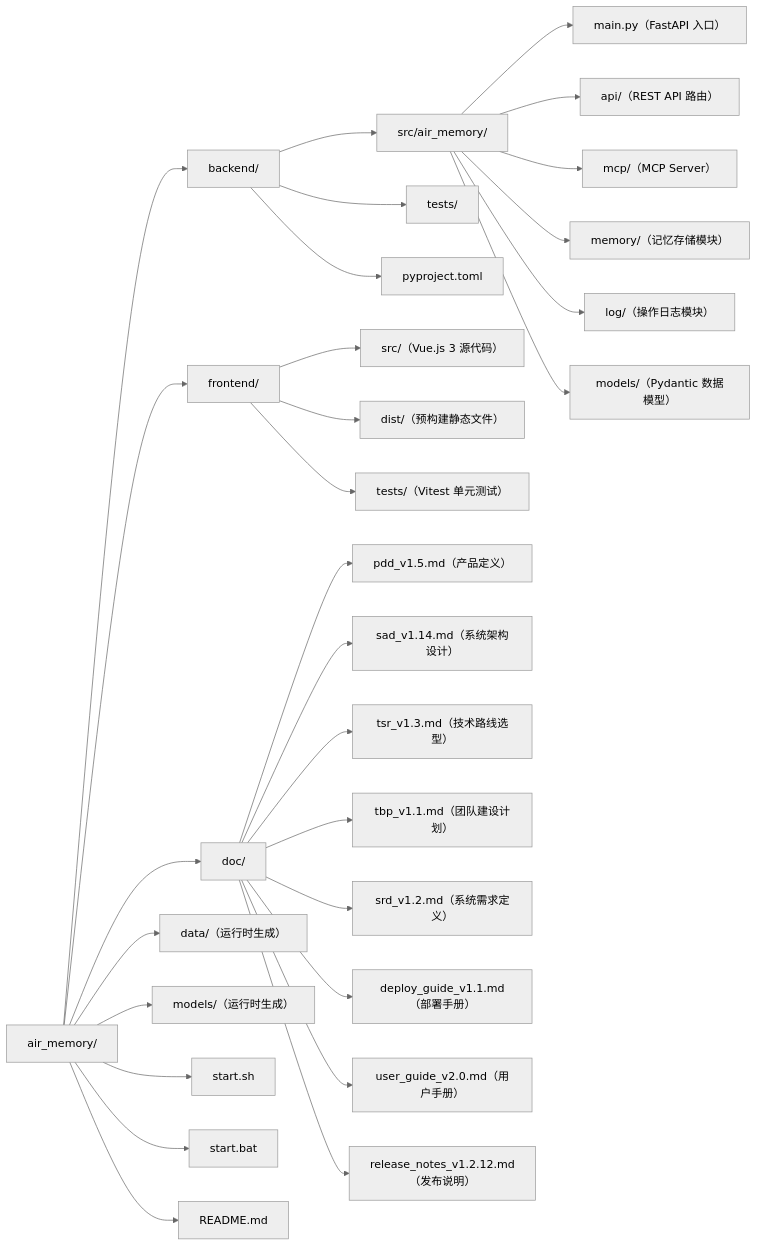
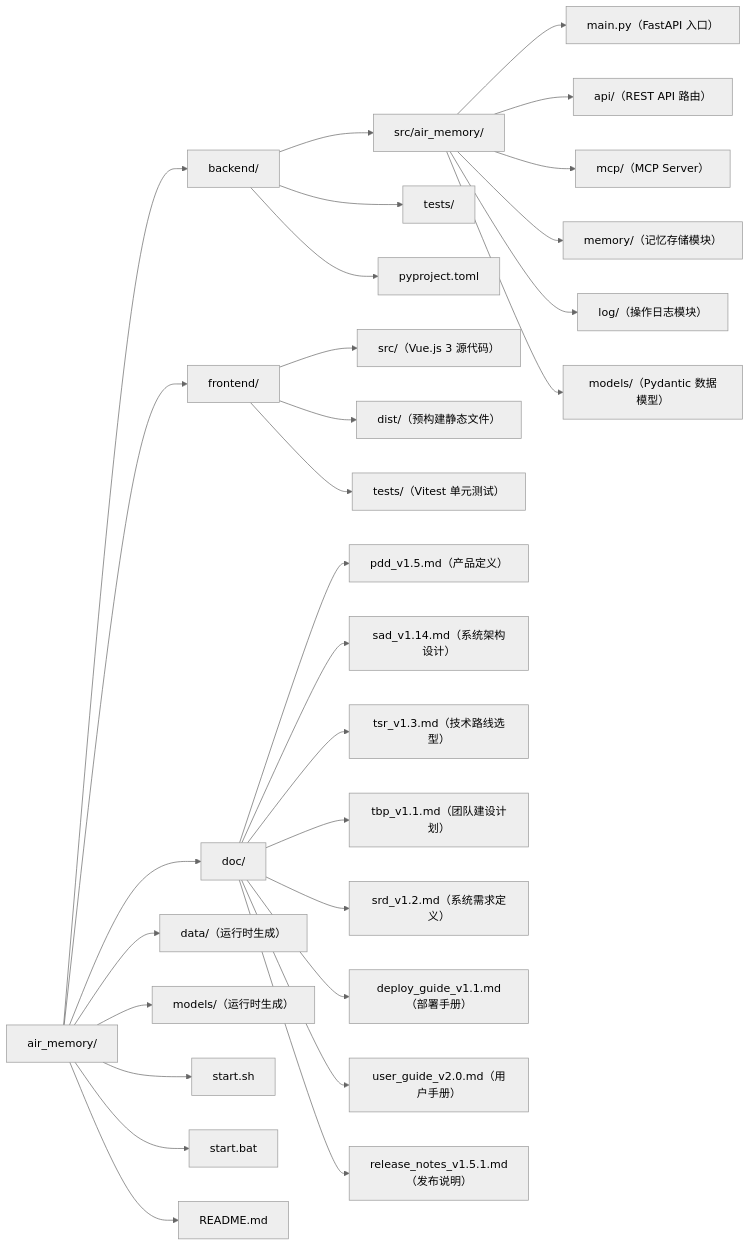
The diagram in README.md (SevenLv/air_memory), drawn with Mermaid (neutral theme) before and after one commit. The commit also changed other lines of this file and 9 other files, not shown here.

````diff
--- a/README.md
+++ b/README.md
@@ -50,37 +50,37 @@
 ```mermaid
 graph LR
     ROOT["air_memory/"]
 
     ROOT --> BACKEND["backend/"]
     ROOT --> FRONTEND["frontend/"]
     ROOT --> DOC["doc/"]
     ROOT --> DATA["data/（运行时生成）"]
     ROOT --> MODELS["models/（运行时生成）"]
     ROOT --> START_SH["start.sh"]
     ROOT --> START_BAT["start.bat"]
     ROOT --> README["README.md"]
 
     BACKEND --> BE_SRC["src/air_memory/"]
     BACKEND --> BE_TESTS["tests/"]
     BACKEND --> BE_PYPROJECT["pyproject.toml"]
 
     BE_SRC --> BE_MAIN["main.py（FastAPI 入口）"]
     BE_SRC --> BE_API["api/（REST API 路由）"]
     BE_SRC --> BE_MCP["mcp/（MCP Server）"]
     BE_SRC --> BE_MEM["memory/（记忆存储模块）"]
     BE_SRC --> BE_LOG["log/（操作日志模块）"]
     BE_SRC --> BE_MODELS["models/（Pydantic 数据模型）"]
 
     FRONTEND --> FE_SRC["src/（Vue.js 3 源代码）"]
     FRONTEND --> FE_DIST["dist/（预构建静态文件）"]
     FRONTEND --> FE_TESTS["tests/（Vitest 单元测试）"]
 
     DOC --> D1["pdd_v1.5.md（产品定义）"]
     DOC --> D2["sad_v1.14.md（系统架构设计）"]
     DOC --> D3["tsr_v1.3.md（技术路线选型）"]
     DOC --> D4["tbp_v1.1.md（团队建设计划）"]
     DOC --> D5["srd_v1.2.md（系统需求定义）"]
     DOC --> D6["deploy_guide_v1.1.md（部署手册）"]
     DOC --> D7["user_guide_v2.0.md（用户手册）"]
-    DOC --> D8["release_notes_v1.2.12.md（发布说明）"]
+    DOC --> D8["release_notes_v1.5.1.md（发布说明）"]
 ```
````
